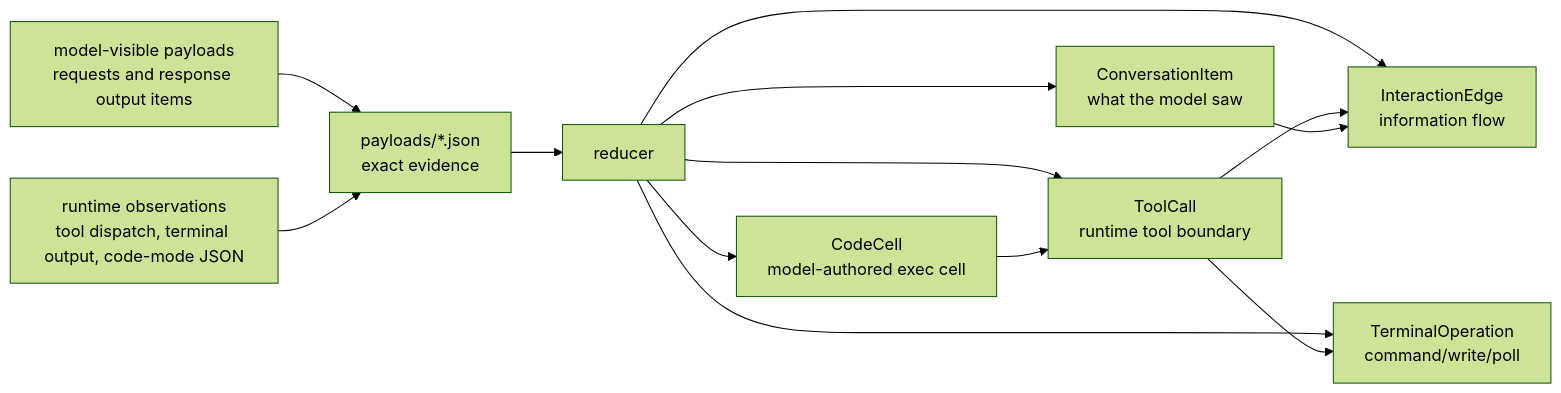
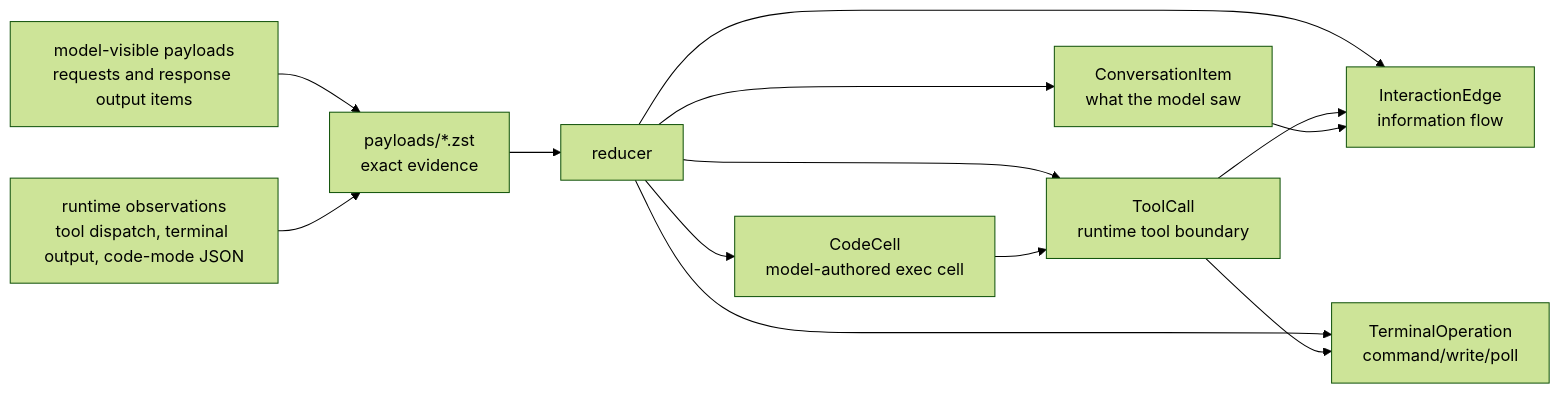
The second of 3 diagrams in codex-rs/rollout-trace/README.md (openai/codex), drawn with Mermaid (forest theme) before and after one commit. The commit also changed other lines of this file and 37 other files, not shown here.

````diff
--- a/codex-rs/rollout-trace/README.md
+++ b/codex-rs/rollout-trace/README.md
@@ -142,27 +165,27 @@
 ```mermaid
 flowchart LR
     Model["model-visible payloads\nrequests and response output items"]
     Runtime["runtime observations\ntool dispatch, terminal output, code-mode JSON"]
-    RawPayloads["payloads/*.json\nexact evidence"]
+    RawPayloads["payloads/*.zst\nexact evidence"]
     Reducer["reducer"]
     Conversation["ConversationItem\nwhat the model saw"]
     ToolCall["ToolCall\nruntime tool boundary"]
     CodeCell["CodeCell\nmodel-authored exec cell"]
     TerminalOperation["TerminalOperation\ncommand/write/poll"]
     InteractionEdge["InteractionEdge\ninformation flow"]
 
     Model --> RawPayloads
     Runtime --> RawPayloads
     RawPayloads --> Reducer
 
     Reducer --> Conversation
     Reducer --> ToolCall
     Reducer --> CodeCell
     Reducer --> TerminalOperation
     Reducer --> InteractionEdge
 
     CodeCell --> ToolCall
     ToolCall --> TerminalOperation
     ToolCall --> InteractionEdge
     Conversation --> InteractionEdge
 ```
````
